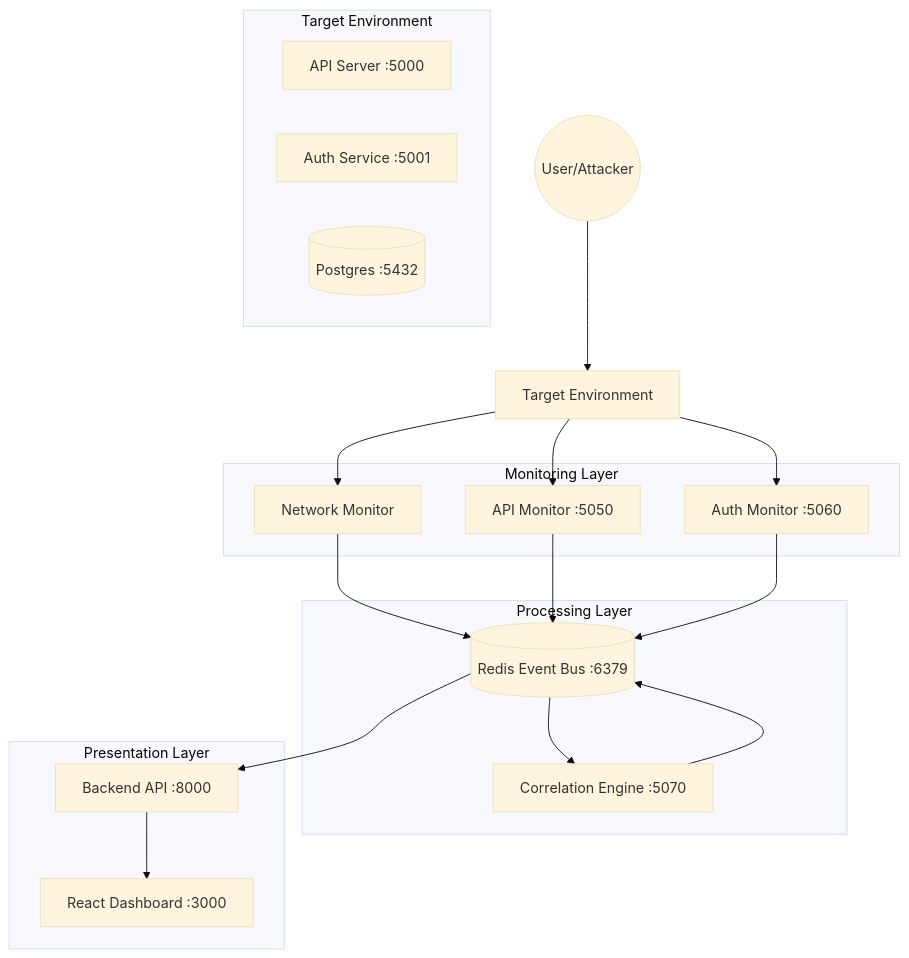
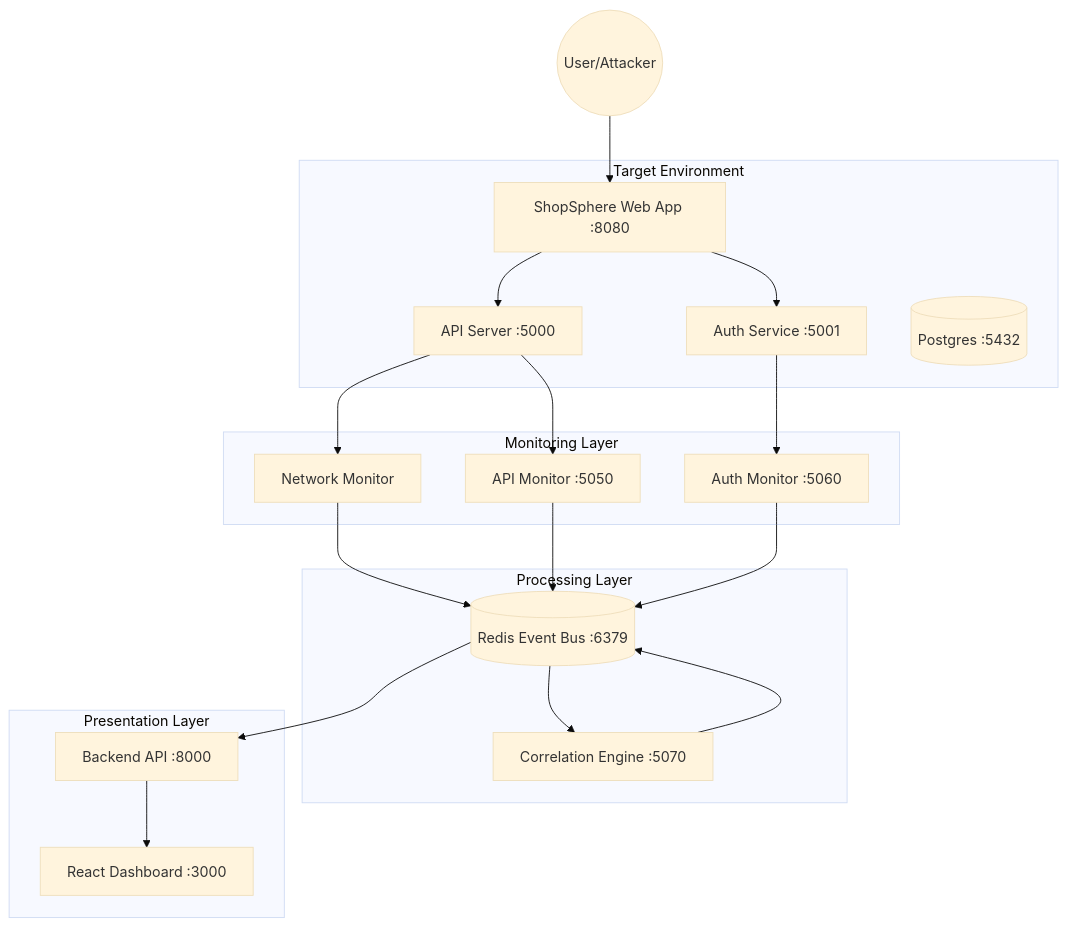
The diagram in README.md (PrashantPatil-2005/SecureSphere), drawn with Mermaid (base theme) before and after one commit. The commit also changed other lines of this file, not shown here.

````diff
--- a/README.md
+++ b/README.md
@@ -36,39 +37,39 @@
 ```mermaid
 graph TD
-    User((User/Attacker)) --> Target[Target Environment]
+    User((User/Attacker)) --> WebApp["ShopSphere Web App :8080"]
     
     subgraph "Target Environment"
-        API[API Server :5000]
-        Auth[Auth Service :5001]
+        WebApp --> API[API Server :5000]
+        WebApp --> Auth[Auth Service :5001]
         DB[(Postgres :5432)]
     end
     
     subgraph "Monitoring Layer"
         NetMon[Network Monitor]
         APIMon[API Monitor :5050]
         AuthMon[Auth Monitor :5060]
     end
     
     subgraph "Processing Layer"
         Redis[(Redis Event Bus :6379)]
         Engine[Correlation Engine :5070]
     end
     
     subgraph "Presentation Layer"
         Backend[Backend API :8000]
         Dash[React Dashboard :3000]
     end
     
-    Target --> NetMon
-    Target --> APIMon
-    Target --> AuthMon
+    API --> NetMon
+    API --> APIMon
+    Auth --> AuthMon
     
     NetMon --> Redis
     APIMon --> Redis
     AuthMon --> Redis
     
     Redis --> Engine
     Engine --> Redis
     Redis --> Backend
     Backend --> Dash
 ```
````
